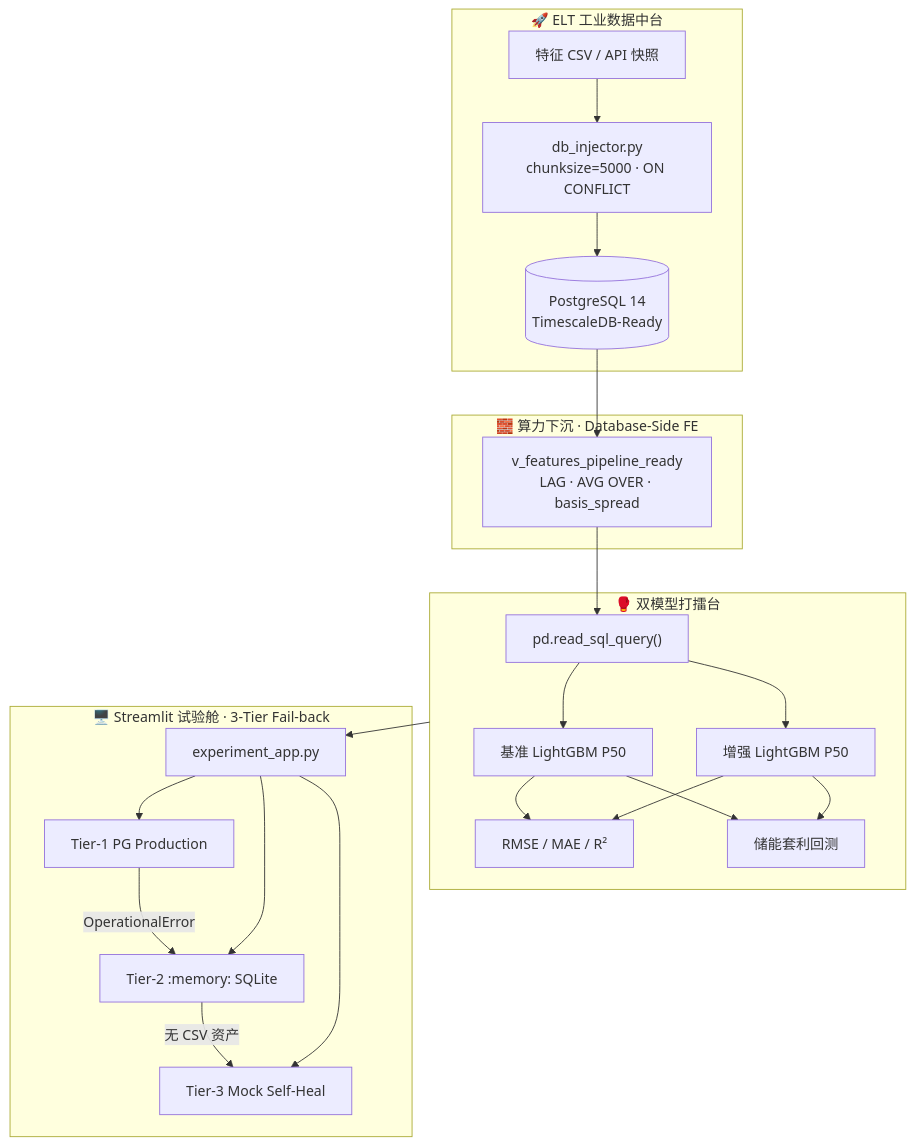
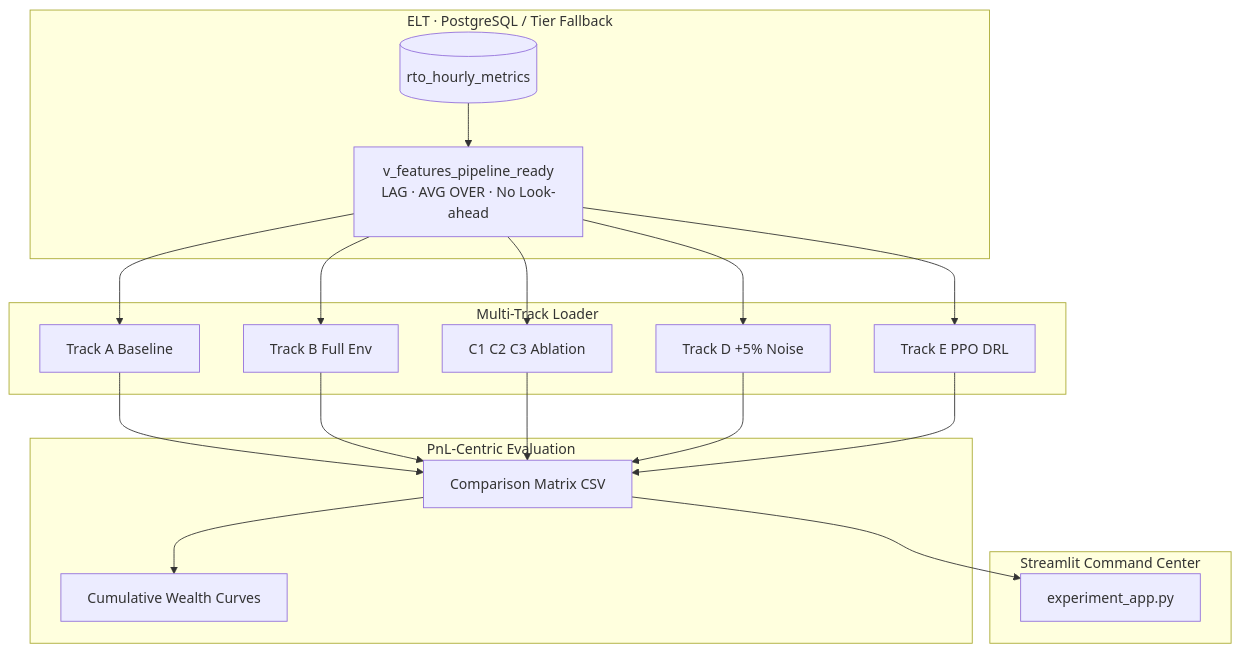
One commit to caolei0830/AI-Power-Market-Environment-Quant-Sandbox changed the second of 2 diagrams in README.md. Above: the diagram before and after it, drawn with Mermaid. The commit also changed other lines of this file, not shown here.

Commit message:
docs: 重构 README 为项目技术白皮书，沉淀复线消融架构与 PPO 🚀¥654,774 成果

````diff
--- a/README.md
+++ b/README.md
@@ -33,38 +110,29 @@
 ```mermaid
 flowchart TB
-    subgraph elt [🚀 ELT 工业数据中台]
-        CSV[特征 CSV / API 快照]
-        INJ[db_injector.py<br/>chunksize=5000 · ON CONFLICT]
-        CSV --> INJ
-        INJ --> PG[(PostgreSQL 14<br/>TimescaleDB-Ready)]
-    end
-
-    subgraph sqlfe [🧱 算力下沉 · Database-Side FE]
-        VIEW[v_features_pipeline_ready<br/>LAG · AVG OVER · basis_spread]
+    subgraph elt [ELT · PostgreSQL / Tier Fallback]
+        PG[(rto_hourly_metrics)]
+        VIEW[v_features_pipeline_ready<br/>LAG · AVG OVER · No Look-ahead]
         PG --> VIEW
     end
 
-    subgraph ml [🥊 双模型打擂台]
-        SQLQ["pd.read_sql_query()"]
-        VIEW --> SQLQ
-        SQLQ --> BENCH[基准 LightGBM P50]
-        SQLQ --> ENH[增强 LightGBM P50]
-        BENCH --> METRICS[RMSE / MAE / R²]
-        ENH --> METRICS
-        BENCH --> STORAGE[储能套利回测]
-        ENH --> STORAGE
+    subgraph tracks [Multi-Track Loader]
+        A[Track A Baseline]
+        B[Track B Full Env]
+        C[C1 C2 C3 Ablation]
+        D[Track D +5% Noise]
+        E[Track E PPO DRL]
+        VIEW --> A & B & C & D
+        VIEW --> E
     end
 
-    subgraph ui [🖥️ Streamlit 试验舱 · 3-Tier Fail-back]
-        T1[Tier-1 PG Production]
-        T2[Tier-2 :memory: SQLite]
-        T3[Tier-3 Mock Self-Heal]
-        T1 -->|OperationalError| T2
-        T2 -->|无 CSV 资产| T3
-        APP[experiment_app.py] --> T1
-        APP --> T2
-        APP --> T3
+    subgraph metrics [PnL-Centric Evaluation]
+        MAT[Comparison Matrix CSV]
+        PLOT[Cumulative Wealth Curves]
+        A & B & C & D & E --> MAT --> PLOT
     end
 
-    ml --> APP
+    subgraph ui [Streamlit Command Center]
+        APP[experiment_app.py]
+        MAT --> APP
+    end
 ```
````
